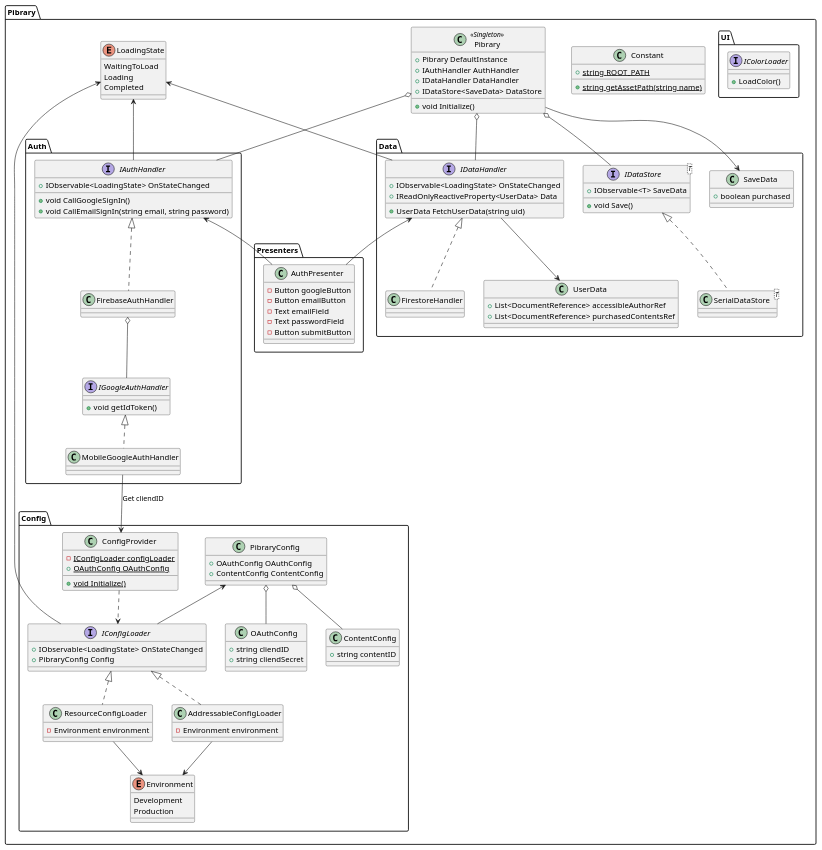
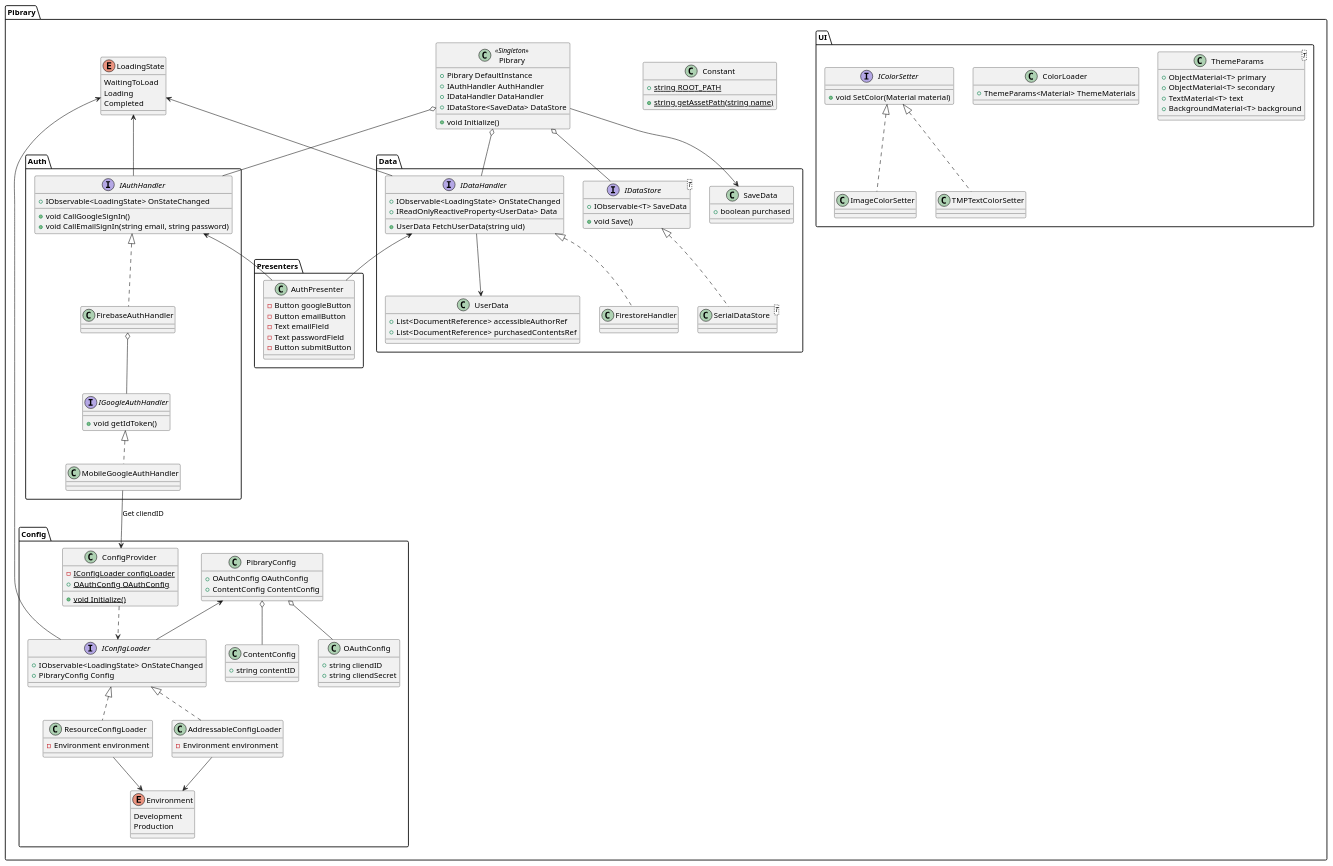
One commit to Harineko0/pibrary-for-unity-fixed changed the diagram in pibrary-for-unity.pu. Above: the diagram before and after it, drawn with PlantUML. The commit also changed 30 other files, not shown here.

Commit message:
[Add] Add ColorSetter, ColorController, ThemeParams.

```diff
--- a/pibrary-for-unity.pu
+++ b/pibrary-for-unity.pu
@@ -1,152 +1,167 @@
 @startuml pibrary-for-unity
 namespace Pibrary {
     class Constant {
         {static} + string ROOT_PATH
         {static} + string getAssetPath(string name)
     }
 
     class Pibrary<<Singleton>> {
         + Pibrary DefaultInstance
         + IAuthHandler AuthHandler
         + IDataHandler DataHandler
         + IDataStore<SaveData> DataStore
         + void Initialize()
         
     }
 
     enum LoadingState {
         WaitingToLoad
         Loading
         Completed
     }
 }
 
 namespace Pibrary.Config {
     enum Environment
     {
         Development
         Production
     }
 
     interface IConfigLoader {
         + IObservable<LoadingState> OnStateChanged
         + PibraryConfig Config
     }
 
     class AddressableConfigLoader implements IConfigLoader {
         - Environment environment
     }
 
     class ResourceConfigLoader implements IConfigLoader {
         - Environment environment
     }
 
     class ConfigProvider {
         {static} - IConfigLoader configLoader
         {static} + OAuthConfig OAuthConfig
         {static} + void Initialize()
     }
 
     class PibraryConfig {
         + OAuthConfig OAuthConfig
         + ContentConfig ContentConfig
     }
 
     class OAuthConfig {
         + string cliendID
         + string cliendSecret
     }
 
     class ContentConfig {
         + string contentID
     }
 
     PibraryConfig <-- IConfigLoader
     ConfigProvider ..> IConfigLoader
     PibraryConfig o-- ContentConfig
     PibraryConfig o-- OAuthConfig
     Environment <-u- AddressableConfigLoader
     Environment <-u- ResourceConfigLoader
 }
 
 namespace Pibrary.Auth {
     interface IAuthHandler {
         + IObservable<LoadingState> OnStateChanged 
         + void CallGoogleSignIn()
         + void CallEmailSignIn(string email, string password)
     }
 
     class FirebaseAuthHandler implements IAuthHandler {
 
     }
 
     interface IGoogleAuthHandler {
         + void getIdToken()
     }
     
     class MobileGoogleAuthHandler implements IGoogleAuthHandler {
 
     }
 
     FirebaseAuthHandler o-- IGoogleAuthHandler
 }
 
 namespace Pibrary.Data {
     class UserData {
         + List<DocumentReference> accessibleAuthorRef
         + List<DocumentReference> purchasedContentsRef
     }
 
     class SaveData {
         + boolean purchased
     }
 
     interface IDataHandler {
         + IObservable<LoadingState> OnStateChanged 
         + IReadOnlyReactiveProperty<UserData> Data
         + UserData FetchUserData(string uid)
     }
 
     class FirestoreHandler implements IDataHandler {
 
     }
 
     interface IDataStore<T> {
         + IObservable<T> SaveData
         + void Save()
     }
 
     class SerialDataStore<T> implements IDataStore {
 
     }
 
     UserData <-u- IDataHandler
 }
 
 namespace Pibrary.Presenters {
     class AuthPresenter {
         - Button googleButton
         - Button emailButton
         - Text emailField
         - Text passwordField
         - Button submitButton
     }
 }
 
 namespace Pibrary.UI {
-    interface IColorLoader {
-        + LoadColor()
+    class ThemeParams<T> {
+        + ObjectMaterial<T> primary
+        + ObjectMaterial<T> secondary
+        + TextMaterial<T> text
+        + BackgroundMaterial<T> background
     }
+
+    class ColorLoader {
+        + ThemeParams<Material> ThemeMaterials
+    }
+
+    interface IColorSetter {
+        + void SetColor(Material material)
+    }
+
+    class ImageColorSetter implements IColorSetter {}
+
+    class TMPTextColorSetter implements IColorSetter {}
 }
 
 Pibrary.Pibrary o-- Pibrary.Auth.IAuthHandler
 Pibrary.Pibrary o-- Pibrary.Data.IDataHandler
 Pibrary.Pibrary o-- Pibrary.Data.IDataStore
 Pibrary.Auth.IAuthHandler <-- Pibrary.Presenters.AuthPresenter
 Pibrary.Data.IDataHandler <-- Pibrary.Presenters.AuthPresenter
 Pibrary.Data.SaveData <-- Pibrary.Pibrary
 Pibrary.LoadingState <-- Pibrary.Data.IDataHandler
 Pibrary.LoadingState <-- Pibrary.Auth.IAuthHandler
 Pibrary.LoadingState <-- Pibrary.Config.IConfigLoader
 Pibrary.Auth.MobileGoogleAuthHandler --> Pibrary.Config.ConfigProvider : Get cliendID
 @enduml
```
